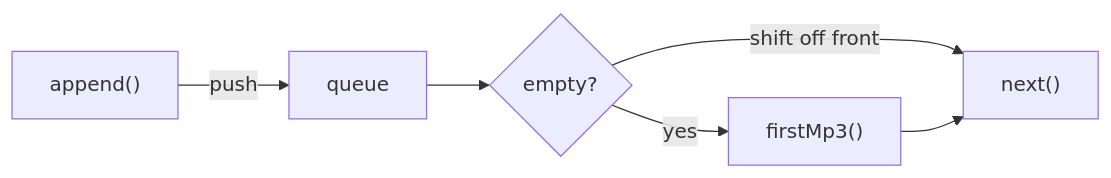
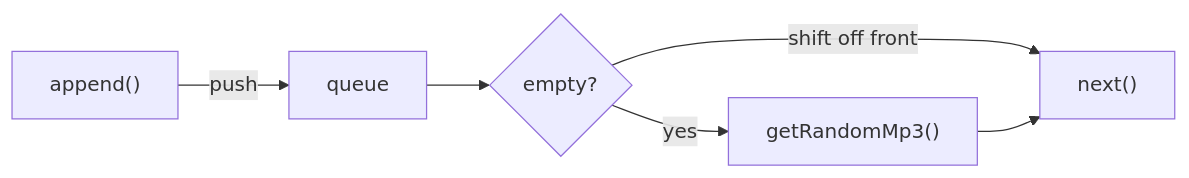
Before and after one commit to antoaenono/seradio: the diagram in docs/scheduler/schedule.md, drawn with Mermaid. The commit also changed other lines of this file and 7 other files, not shown here.

````diff
--- a/docs/scheduler/schedule.md
+++ b/docs/scheduler/schedule.md
@@ -6,7 +6,7 @@
 ```mermaid
 flowchart LR
     AP["append()"] -->|push| Q[queue]
     Q --> D{empty?}
     D -->|shift off front| N["next()"]
-    D -->|yes| F["firstMp3()"] --> N
+    D -->|yes| F["getRandomMp3()"] --> N
 ```
````
